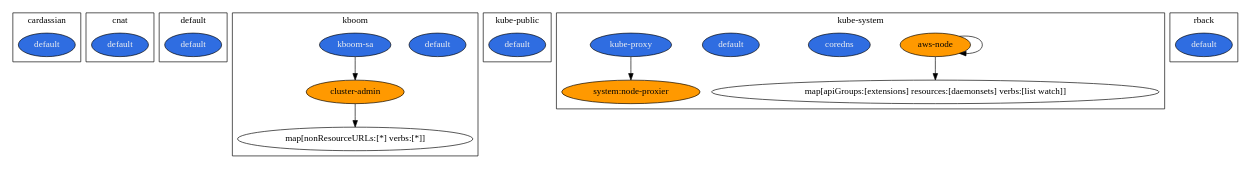
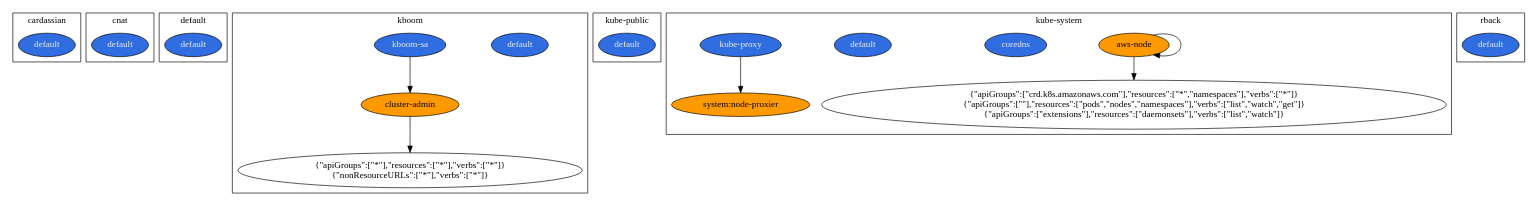
Before and after one commit to team-soteria/rback: the diagram in simple.dot, drawn with Graphviz. The commit also changed 1 other file, not shown here.

Commit message:
improves resource rendering

```diff
--- a/simple.dot
+++ b/simple.dot
@@ -1,52 +1,52 @@
 digraph  {
-	subgraph cluster_s1 {
+	subgraph cluster_s5 {
+		ID = "cluster_s5";
+		label="cardassian";
+		n14[fillcolor="#2f6de1",fontcolor="#f0f0f0",label="default",style="filled"];
+		
+	}subgraph cluster_s6 {
+		ID = "cluster_s6";
+		label="cnat";
+		n15[fillcolor="#2f6de1",fontcolor="#f0f0f0",label="default",style="filled"];
+		
+	}subgraph cluster_s0 {
+		ID = "cluster_s0";
+		label="default";
+		n1[fillcolor="#2f6de1",fontcolor="#f0f0f0",label="default",style="filled"];
+		
+	}subgraph cluster_s1 {
 		ID = "cluster_s1";
-		label="cardassian";
+		label="kboom";
+		n4[fillcolor="#ff9900",fontcolor="#030303",label="cluster-admin",style="filled"];
 		n2[fillcolor="#2f6de1",fontcolor="#f0f0f0",label="default",style="filled"];
+		n3[fillcolor="#2f6de1",fontcolor="#f0f0f0",label="kboom-sa",style="filled"];
+		n5[label="{\"apiGroups\":[\"*\"],\"resources\":[\"*\"],\"verbs\":[\"*\"]}\n{\"nonResourceURLs\":[\"*\"],\"verbs\":[\"*\"]}\n"];
+		n4->n5;
+		n3->n4;
 		
 	}subgraph cluster_s2 {
 		ID = "cluster_s2";
-		label="cnat";
-		n3[fillcolor="#2f6de1",fontcolor="#f0f0f0",label="default",style="filled"];
+		label="kube-public";
+		n6[fillcolor="#2f6de1",fontcolor="#f0f0f0",label="default",style="filled"];
 		
 	}subgraph cluster_s3 {
 		ID = "cluster_s3";
-		label="default";
-		n4[fillcolor="#2f6de1",fontcolor="#f0f0f0",label="default",style="filled"];
+		label="kube-system";
+		n7[fillcolor="#ff9900",fontcolor="#030303",label="aws-node",style="filled"];
+		n9[fillcolor="#2f6de1",fontcolor="#f0f0f0",label="coredns",style="filled"];
+		n10[fillcolor="#2f6de1",fontcolor="#f0f0f0",label="default",style="filled"];
+		n11[fillcolor="#2f6de1",fontcolor="#f0f0f0",label="kube-proxy",style="filled"];
+		n12[fillcolor="#ff9900",fontcolor="#030303",label="system:node-proxier",style="filled"];
+		n8[label="{\"apiGroups\":[\"crd.k8s.amazonaws.com\"],\"resources\":[\"*\",\"namespaces\"],\"verbs\":[\"*\"]}\n{\"apiGroups\":[\"\"],\"resources\":[\"pods\",\"nodes\",\"namespaces\"],\"verbs\":[\"list\",\"watch\",\"get\"]}\n{\"apiGroups\":[\"extensions\"],\"resources\":[\"daemonsets\"],\"verbs\":[\"list\",\"watch\"]}\n"];
+		n7->n7;
+		n7->n8;
+		n11->n12;
 		
 	}subgraph cluster_s4 {
 		ID = "cluster_s4";
-		label="kboom";
-		n7[fillcolor="#ff9900",fontcolor="#030303",label="cluster-admin",style="filled"];
-		n5[fillcolor="#2f6de1",fontcolor="#f0f0f0",label="default",style="filled"];
-		n6[fillcolor="#2f6de1",fontcolor="#f0f0f0",label="kboom-sa",style="filled"];
-		n8[label="map[nonResourceURLs:[*] verbs:[*]]"];
-		n7->n8;
-		n6->n7;
-		
-	}subgraph cluster_s5 {
-		ID = "cluster_s5";
-		label="kube-public";
-		n9[fillcolor="#2f6de1",fontcolor="#f0f0f0",label="default",style="filled"];
-		
-	}subgraph cluster_s6 {
-		ID = "cluster_s6";
-		label="kube-system";
-		n10[fillcolor="#ff9900",fontcolor="#030303",label="aws-node",style="filled"];
-		n12[fillcolor="#2f6de1",fontcolor="#f0f0f0",label="coredns",style="filled"];
+		label="rback";
 		n13[fillcolor="#2f6de1",fontcolor="#f0f0f0",label="default",style="filled"];
-		n14[fillcolor="#2f6de1",fontcolor="#f0f0f0",label="kube-proxy",style="filled"];
-		n11[label="map[apiGroups:[extensions] resources:[daemonsets] verbs:[list watch]]"];
-		n15[fillcolor="#ff9900",fontcolor="#030303",label="system:node-proxier",style="filled"];
-		n10->n10;
-		n10->n11;
-		n14->n15;
-		
-	}subgraph cluster_s0 {
-		ID = "cluster_s0";
-		label="rback";
-		n1[fillcolor="#2f6de1",fontcolor="#f0f0f0",label="default",style="filled"];
 		
 	}
 	
 }
```
